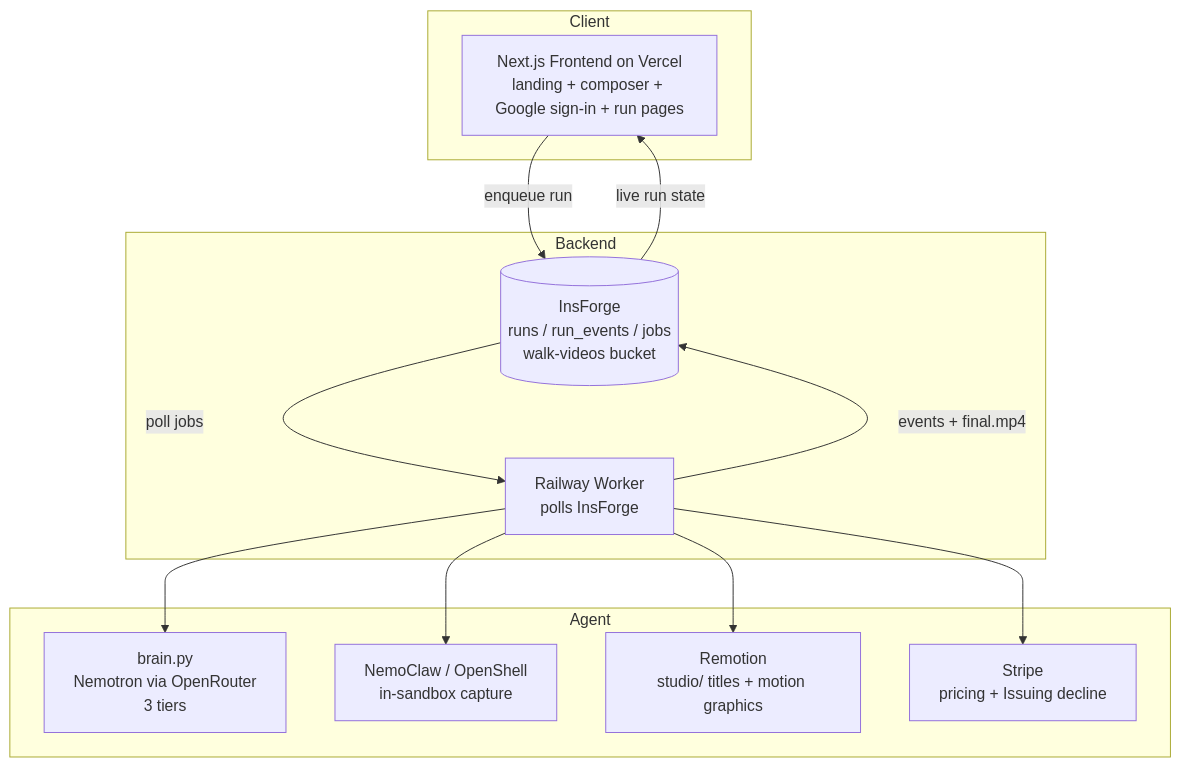
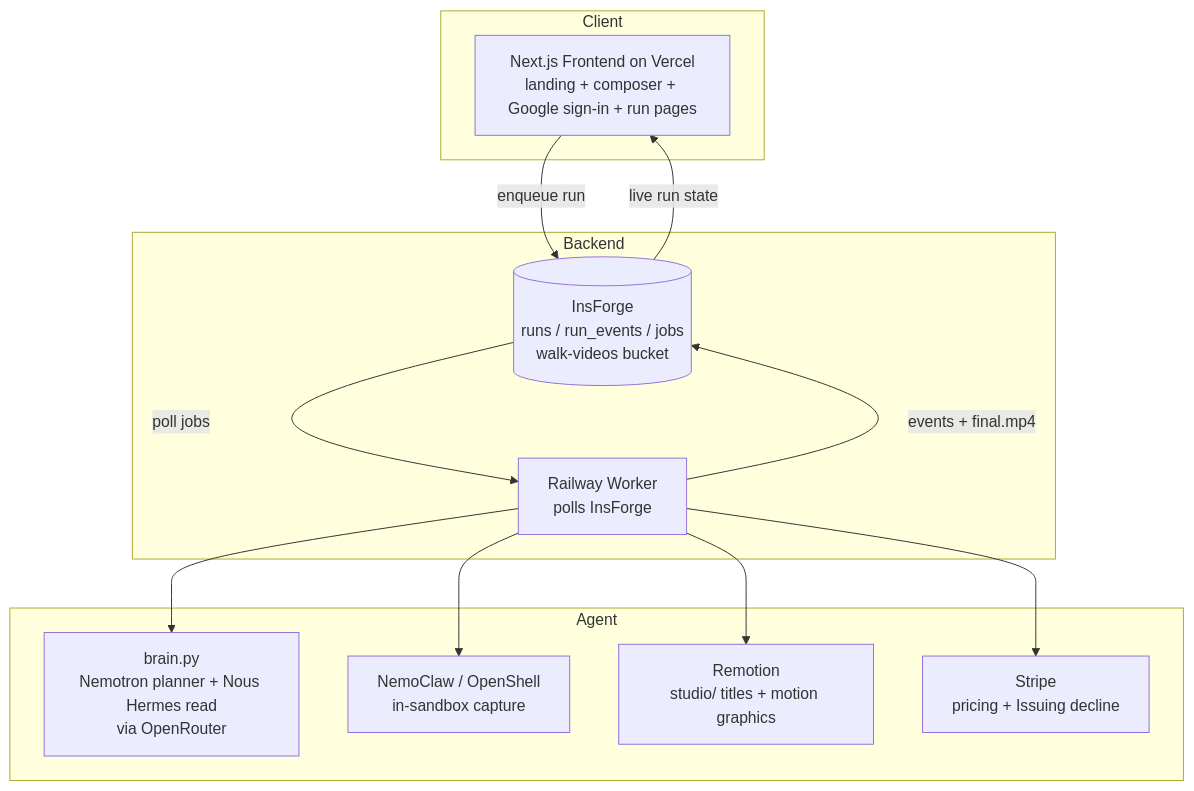
The second of 2 diagrams in README.md (denniswanglabs/filmo), drawn with Mermaid before and after one commit. The commit also changed other lines of this file and 5 other files, not shown here.

First line of the commit message:
Conversion Read runs on Nous Hermes (Nemotron Ultra reliability fallback)

````diff
--- a/README.md
+++ b/README.md
@@ -95,27 +96,27 @@
 ```mermaid
 flowchart TD
     subgraph Client
         FE[Next.js Frontend on Vercel<br/>landing + composer + Google sign-in + run pages]
     end
 
     subgraph Backend
         IF[(InsForge<br/>runs / run_events / jobs<br/>walk-videos bucket)]
         WK[Railway Worker<br/>polls InsForge]
     end
 
     subgraph Agent
-        BR[brain.py<br/>Nemotron via OpenRouter<br/>3 tiers]
+        BR[brain.py<br/>Nemotron planner + Nous Hermes read<br/>via OpenRouter]
         NC[NemoClaw / OpenShell<br/>in-sandbox capture]
         RM[Remotion<br/>studio/ titles + motion graphics]
         ST[Stripe<br/>pricing + Issuing decline]
     end
 
     FE -->|enqueue run| IF
     IF -->|poll jobs| WK
     WK --> BR
     WK --> NC
     WK --> ST
     WK --> RM
     WK -->|events + final.mp4| IF
     IF -->|live run state| FE
 ```
````
